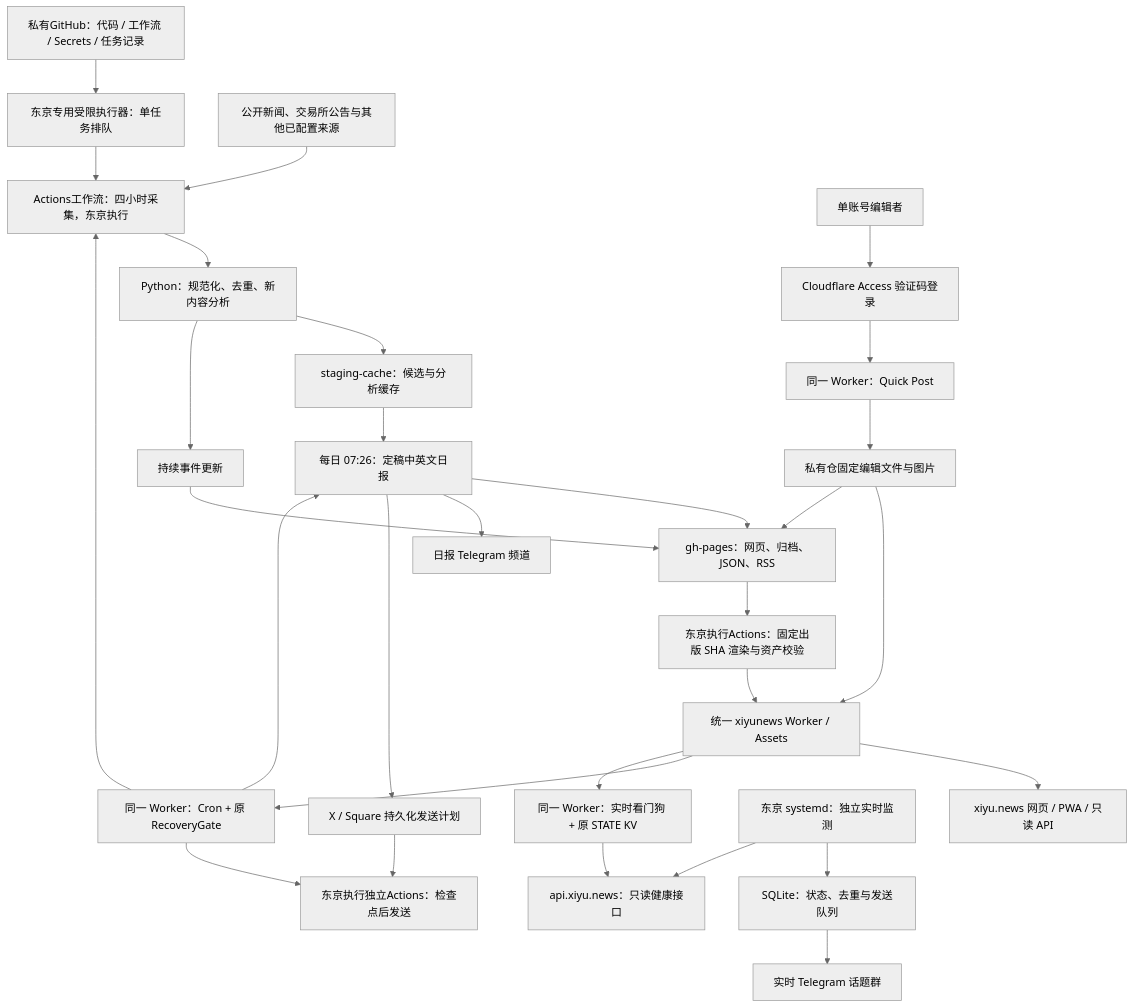
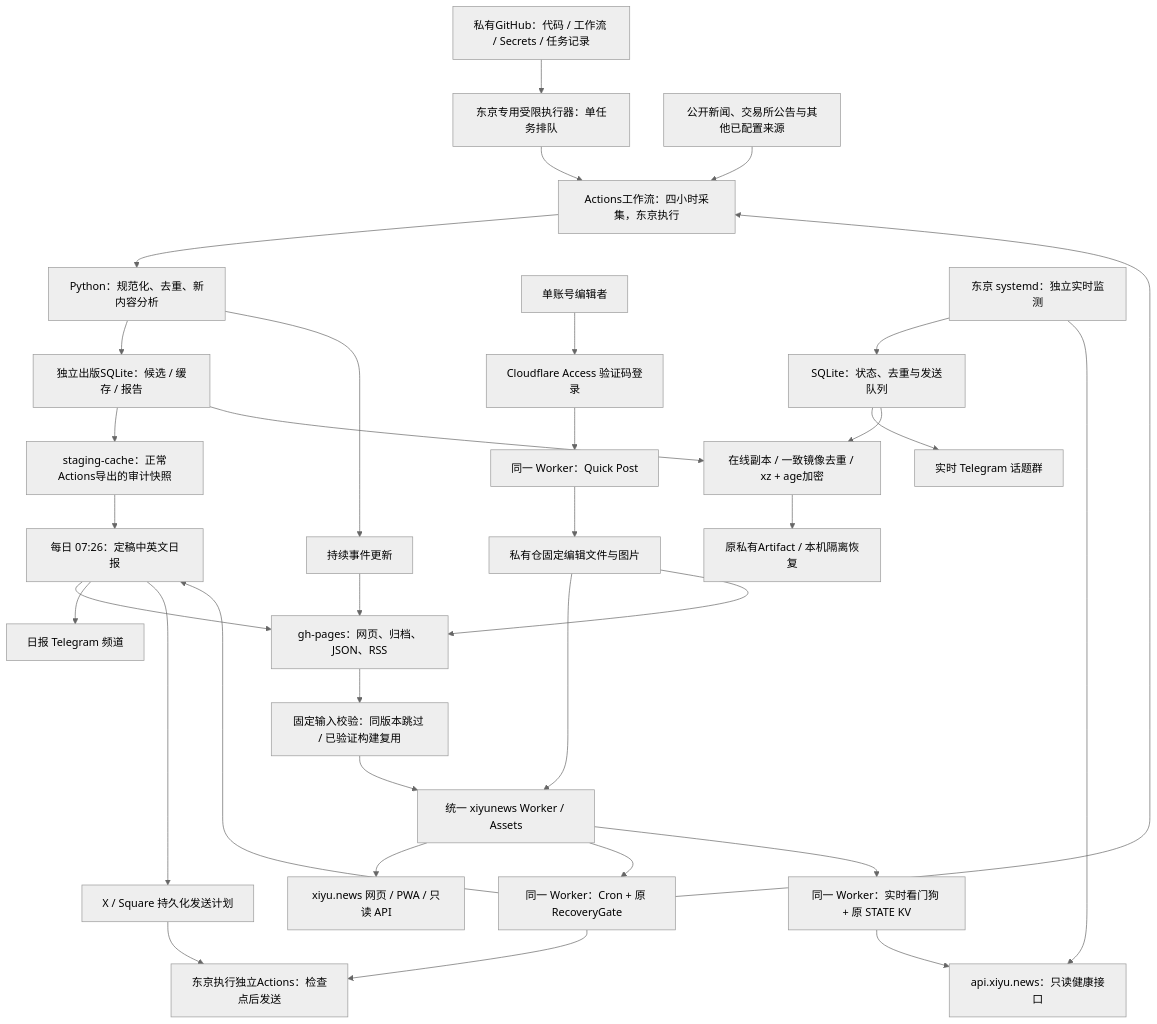
The diagram in project-docs/system-architecture.md (ohxiyu/xiyunews), drawn with Mermaid (neutral theme) before and after one commit. The commit also changed other lines of this file and 13 other files, not shown here.

````diff
--- a/project-docs/system-architecture.md
+++ b/project-docs/system-architecture.md
@@ -9,32 +9,36 @@
 ```mermaid
 flowchart TD
     GitHub[私有GitHub：代码 / 工作流 / Secrets / 任务记录] --> Runner[东京专用受限执行器：单任务排队]
     Runner --> Collection[Actions工作流：四小时采集，东京执行]
     Sources[公开新闻、交易所公告与其他已配置来源] --> Collection
     Collection --> Analysis[Python：规范化、去重、新内容分析]
-    Analysis --> Stage[staging-cache：候选与分析缓存]
+    Analysis --> MainDB[独立出版SQLite：候选 / 缓存 / 报告]
+    MainDB --> Stage[staging-cache：正常Actions导出的审计快照]
     Analysis --> Events[持续事件更新]
     Stage --> Edition[每日 07:26：定稿中英文日报]
     Edition --> Published[gh-pages：网页、归档、JSON、RSS]
     Events --> Published
-    Published --> Build[东京执行Actions：固定出版 SHA 渲染与资产校验]
+    Published --> Build[固定输入校验：同版本跳过 / 已验证构建复用]
     Build --> Edge[统一 xiyunews Worker / Assets]
     Edge --> Readers[xiyu.news 网页 / PWA / 只读 API]
     Edition --> DailyTG[日报 Telegram 频道]
     Edition --> Plans[X / Square 持久化发送计划]
     Plans --> Delivery[东京执行独立Actions：检查点后发送]
     Edge --> Clock[同一 Worker：Cron + 原 RecoveryGate]
     Clock --> Collection
     Clock --> Edition
     Clock --> Delivery
     Owner[单账号编辑者] --> Access[Cloudflare Access 验证码登录]
     Access --> QuickPost[同一 Worker：Quick Post]
     QuickPost --> Editorial[私有仓固定编辑文件与图片]
     Editorial --> Edge
     Editorial --> Published
     Realtime[东京 systemd：独立实时监测] --> SQLite[SQLite：状态、去重与发送队列]
     SQLite --> TopicTG[实时 Telegram 话题群]
     Realtime --> ReadAPI[api.xiyu.news：只读健康接口]
     Edge --> Watchdog[同一 Worker：实时看门狗 + 原 STATE KV]
     Watchdog --> ReadAPI
+    MainDB --> Backup[在线副本 / 一致镜像去重 / xz + age加密]
+    SQLite --> Backup
+    Backup --> Offhost[原私有Artifact / 本机隔离恢复]
 ```
````
